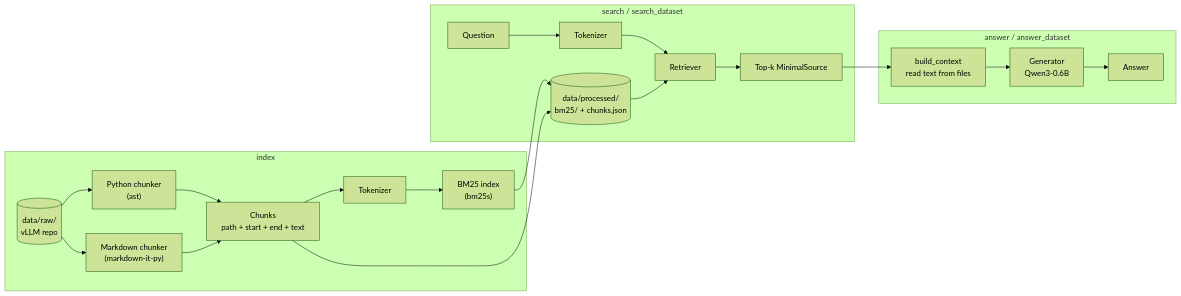
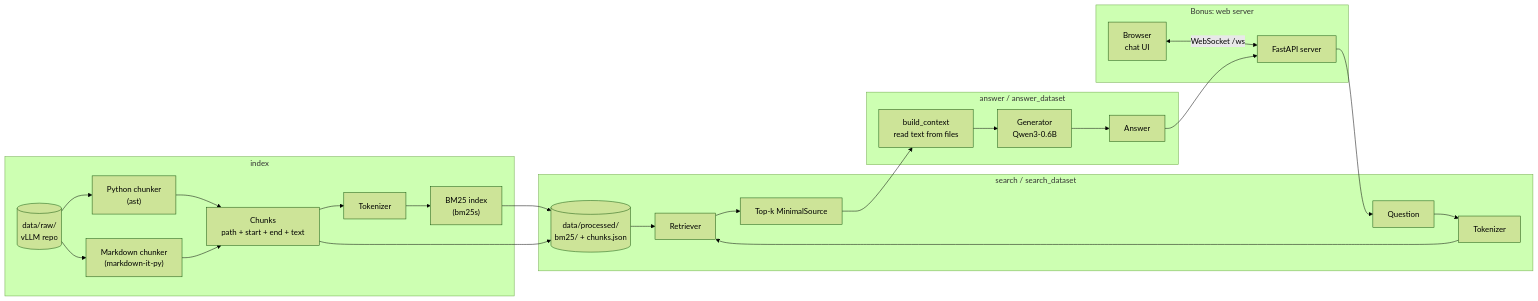
Before and after one commit to Luisdergoat/RAG-against-the-machine: the first of 6 diagrams in README.md, drawn with Mermaid (forest theme). The commit also changed other lines of this file and 3 other files, not shown here.

````diff
--- a/README.md
+++ b/README.md
@@ -185,27 +199,34 @@
 ```mermaid
 flowchart LR
     subgraph IDX["index"]
         RAW[("data/raw/<br/>vLLM repo")] --> PY["Python chunker<br/>(ast)"]
         RAW --> MD["Markdown chunker<br/>(markdown-it-py)"]
         PY --> CH["Chunks<br/>path + start + end + text"]
         MD --> CH
         CH --> TOK1["Tokenizer"]
         TOK1 --> BM["BM25 index<br/>(bm25s)"]
     end
 
     BM --> STORE[("data/processed/<br/>bm25/ + chunks.json")]
     CH --> STORE
 
     subgraph SRCH["search / search_dataset"]
         Q["Question"] --> TOK2["Tokenizer"]
         TOK2 --> RET["Retriever"]
         STORE --> RET
         RET --> SRC["Top-k MinimalSource"]
     end
 
     subgraph ANS["answer / answer_dataset"]
         SRC --> CTX["build_context<br/>read text from files"]
         CTX --> GEN["Generator<br/>Qwen3-0.6B"]
         GEN --> OUT["Answer"]
     end
+
+    subgraph WEB["Bonus: web server"]
+        BR["Browser<br/>chat UI"] <-->|WebSocket /ws| SRV["FastAPI server"]
+    end
+
+    SRV --> Q
+    OUT --> SRV
 ```
````
